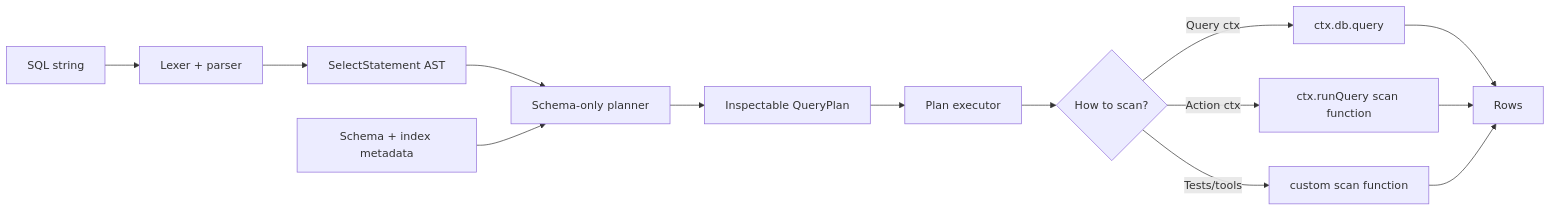
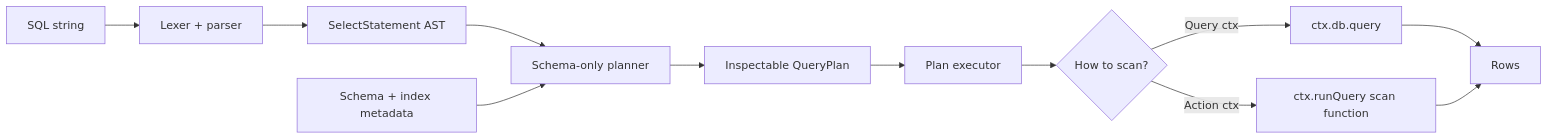
One commit to ldanilek/convex-olap changed the first of 2 diagrams in README.md. Above: the diagram before and after it, drawn with Mermaid. The commit also changed other lines of this file and 5 other files, not shown here.

Commit message:
Remove public scan function option

````diff
--- a/README.md
+++ b/README.md
@@ -43,16 +43,14 @@
 ```mermaid
 flowchart LR
   SQL[SQL string] --> Parser[Lexer + parser]
   Parser --> AST[SelectStatement AST]
   AST --> Planner[Schema-only planner]
   Schema[Schema + index metadata] --> Planner
   Planner --> Plan[Inspectable QueryPlan]
   Plan --> Executor[Plan executor]
   Executor --> Scan{How to scan?}
   Scan -->|Query ctx| DB[ctx.db.query]
   Scan -->|Action ctx| RunQuery[ctx.runQuery scan function]
-  Scan -->|Tests/tools| CustomScan[custom scan function]
   DB --> Rows[Rows]
   RunQuery --> Rows
-  CustomScan --> Rows
 ```
````
